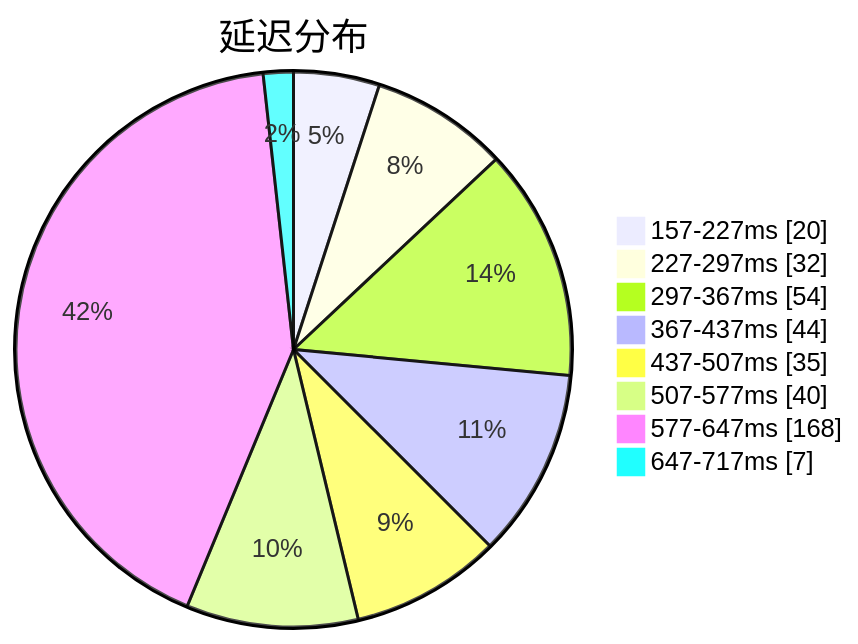
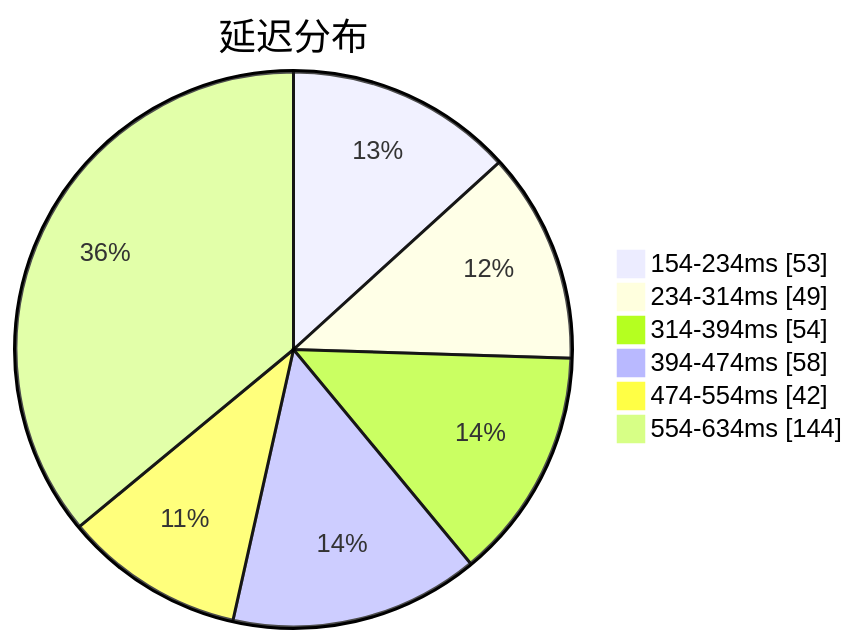
One commit to qjlxg/airport changed the first of 3 diagrams in subs/statistics/tested_within.md. Above: the diagram before and after it, drawn with Mermaid. The commit also changed other lines of this file and 2 other files, not shown here.

````diff
--- a/subs/statistics/tested_within.md
+++ b/subs/statistics/tested_within.md
@@ -2,12 +2,10 @@
 ```mermaid
 pie showData
 title 延迟分布
-"157-227ms" : 20
-"227-297ms" : 32
-"297-367ms" : 54
-"367-437ms" : 44
-"437-507ms" : 35
-"507-577ms" : 40
-"577-647ms" : 168
-"647-717ms" : 7
+"154-234ms" : 53
+"234-314ms" : 49
+"314-394ms" : 54
+"394-474ms" : 58
+"474-554ms" : 42
+"554-634ms" : 144
 ```
````
